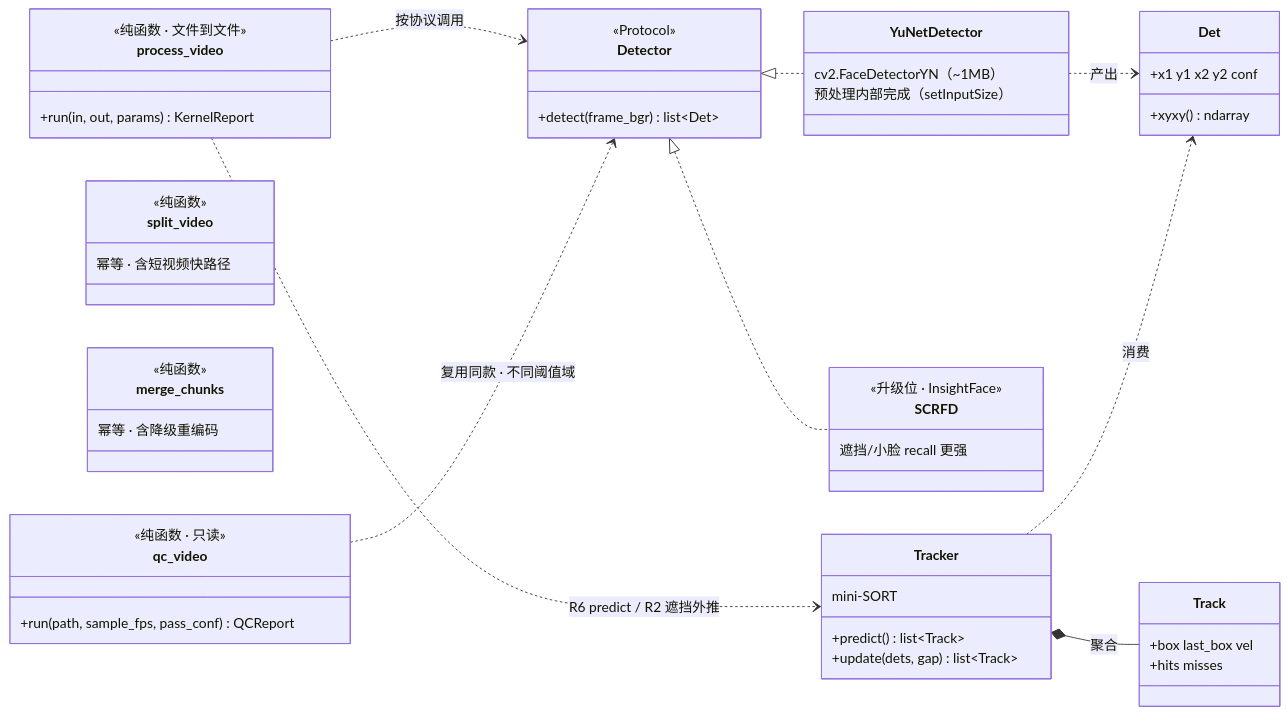
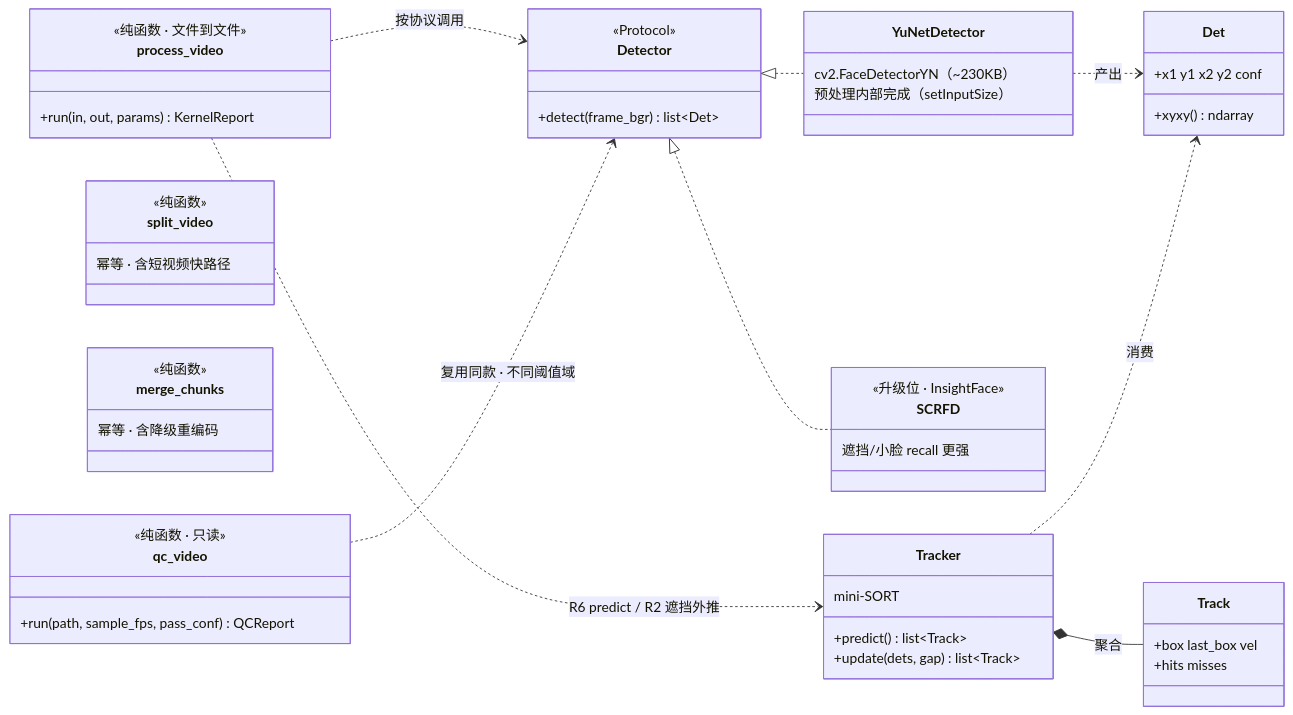
Before and after one commit to Zzz-ww/face-blur-lite: the ninth of 11 diagrams in docs/design.md, drawn with Mermaid. The commit also changed other lines of this file and 2 other files, not shown here.

````diff
--- a/docs/design.md
+++ b/docs/design.md
@@ -422,54 +424,54 @@
 ```mermaid
 classDiagram
     direction LR
     class Detector {
         <<Protocol>>
         +detect(frame_bgr) list~Det~
     }
     class YuNetDetector {
-        cv2.FaceDetectorYN（~1MB）
+        cv2.FaceDetectorYN（~230KB）
         预处理内部完成（setInputSize）
     }
     class SCRFD {
         <<升级位 · InsightFace>>
         遮挡/小脸 recall 更强
     }
     class Det {
         +x1 y1 x2 y2 conf
         +xyxy() ndarray
     }
     class Tracker {
         mini-SORT
         +predict() list~Track~
         +update(dets, gap) list~Track~
     }
     class Track {
         +box last_box vel
         +hits misses
     }
     class process_video {
         <<纯函数 · 文件到文件>>
         +run(in, out, params) KernelReport
     }
     class split_video {
         <<纯函数>>
         幂等 · 含短视频快路径
     }
     class merge_chunks {
         <<纯函数>>
         幂等 · 含降级重编码
     }
     class qc_video {
         <<纯函数 · 只读>>
         +run(path, sample_fps, pass_conf) QCReport
     }
 
     Detector <|.. YuNetDetector
     Detector <|.. SCRFD
     YuNetDetector ..> Det : 产出
     Tracker ..> Det : 消费
     Tracker *-- Track : 聚合
     process_video ..> Detector : 按协议调用
     process_video ..> Tracker : R6 predict / R2 遮挡外推
     qc_video ..> Detector : 复用同款 · 不同阈值域
 ```
````
